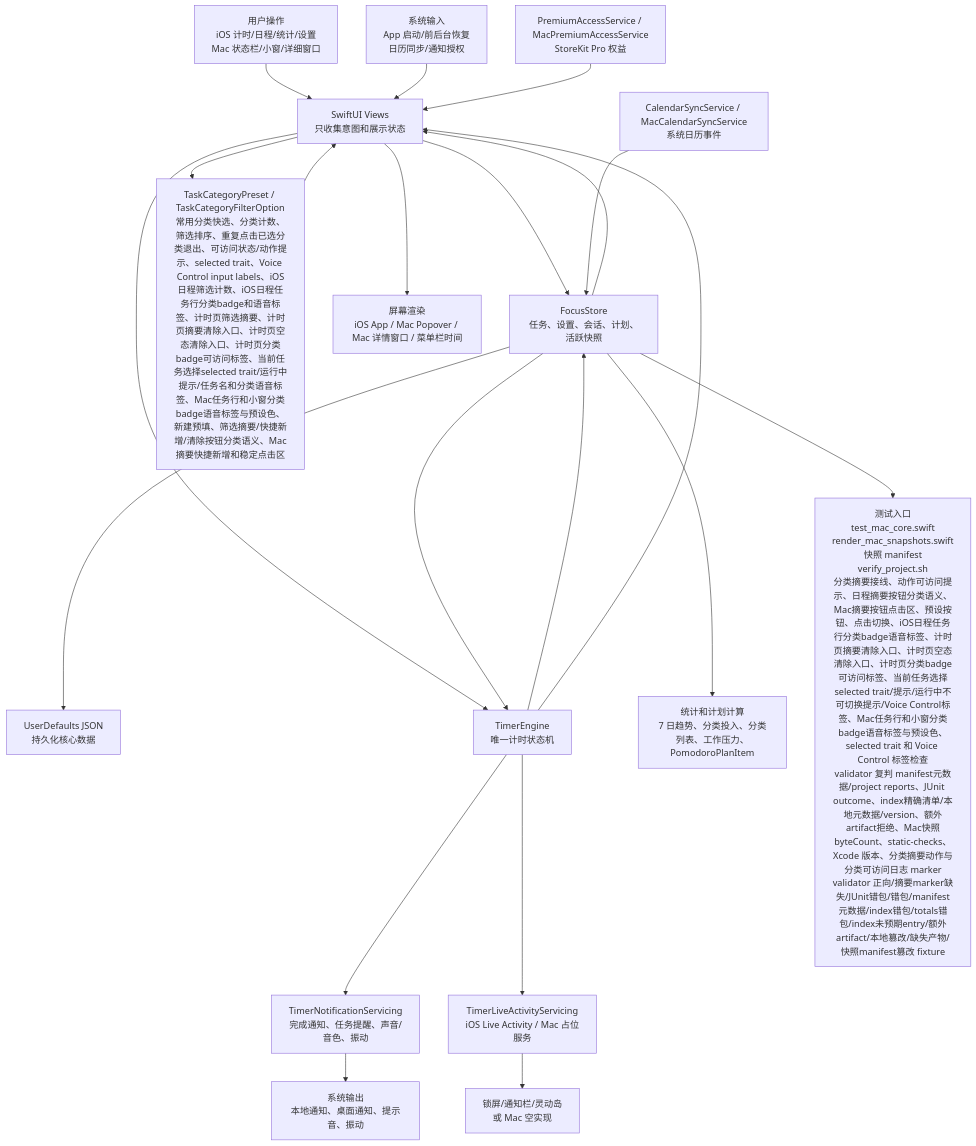
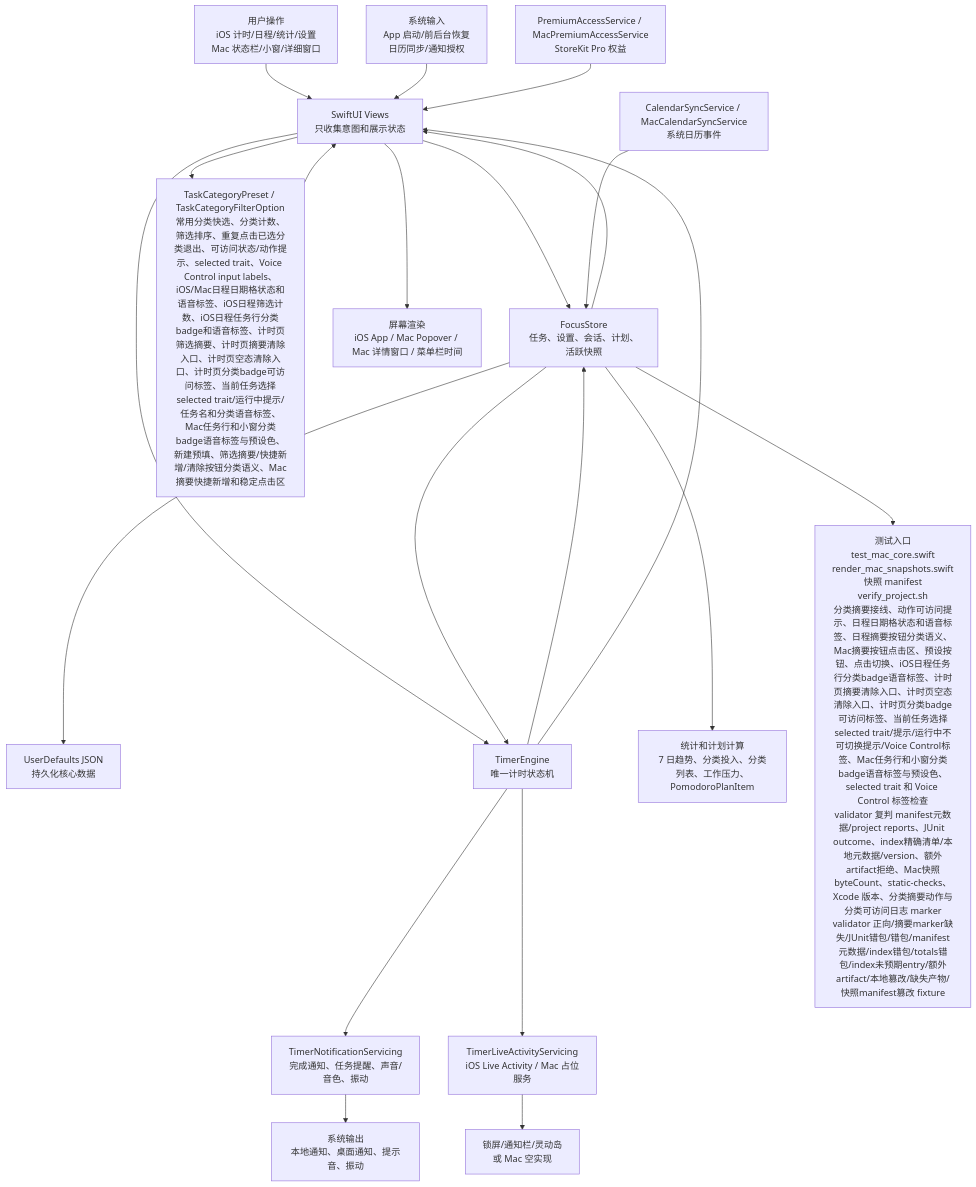
Before and after one commit to Altman-sam114/114: the first of 6 diagrams in md/flow/flowchart.md, drawn with Mermaid. The commit also changed other lines of this file and 8 other files, not shown here.

````diff
--- a/md/flow/flowchart.md
+++ b/md/flow/flowchart.md
@@ -9,23 +9,23 @@
 ```mermaid
 flowchart TD
   U["用户操作<br/>iOS 计时/日程/统计/设置<br/>Mac 状态栏/小窗/详细窗口"] --> V["SwiftUI Views<br/>只收集意图和展示状态"]
   SYS["系统输入<br/>App 启动/前后台恢复<br/>日历同步/通知授权"] --> V
   V --> S["FocusStore<br/>任务、设置、会话、计划、活跃快照"]
-  V --> CAT["TaskCategoryPreset / TaskCategoryFilterOption<br/>常用分类快选、分类计数、筛选排序、重复点击已选分类退出、可访问状态/动作提示、selected trait、Voice Control input labels、iOS日程筛选计数、iOS日程任务行分类badge和语音标签、计时页筛选摘要、计时页摘要清除入口、计时页空态清除入口、计时页分类badge可访问标签、当前任务选择selected trait/运行中提示/任务名和分类语音标签、Mac任务行和小窗分类badge语音标签与预设色、新建预填、筛选摘要/快捷新增/清除按钮分类语义、Mac摘要快捷新增和稳定点击区"]
+  V --> CAT["TaskCategoryPreset / TaskCategoryFilterOption<br/>常用分类快选、分类计数、筛选排序、重复点击已选分类退出、可访问状态/动作提示、selected trait、Voice Control input labels、iOS/Mac日程日期格状态和语音标签、iOS日程筛选计数、iOS日程任务行分类badge和语音标签、计时页筛选摘要、计时页摘要清除入口、计时页空态清除入口、计时页分类badge可访问标签、当前任务选择selected trait/运行中提示/任务名和分类语音标签、Mac任务行和小窗分类badge语音标签与预设色、新建预填、筛选摘要/快捷新增/清除按钮分类语义、Mac摘要快捷新增和稳定点击区"]
   CAT --> V
   S --> P["UserDefaults JSON<br/>持久化核心数据"]
   V --> E["TimerEngine<br/>唯一计时状态机"]
   S --> E
   E --> S
   E --> N["TimerNotificationServicing<br/>完成通知、任务提醒、声音/音色、振动"]
   E --> L["TimerLiveActivityServicing<br/>iOS Live Activity / Mac 占位服务"]
   S --> C["统计和计划计算<br/>7 日趋势、分类投入、分类列表、工作压力、PomodoroPlanItem"]
   CAL["CalendarSyncService / MacCalendarSyncService<br/>系统日历事件"] --> S
   PRO["PremiumAccessService / MacPremiumAccessService<br/>StoreKit Pro 权益"] --> V
   S --> V
   E --> V
   V --> OUT["屏幕渲染<br/>iOS App / Mac Popover / Mac 详情窗口 / 菜单栏时间"]
   N --> OUT2["系统输出<br/>本地通知、桌面通知、提示音、振动"]
   L --> OUT3["锁屏/通知栏/灵动岛<br/>或 Mac 空实现"]
-  S --> T["测试入口<br/>test_mac_core.swift<br/>render_mac_snapshots.swift<br/>快照 manifest<br/>verify_project.sh<br/>分类摘要接线、动作可访问提示、日程摘要按钮分类语义、Mac摘要按钮点击区、预设按钮、点击切换、iOS日程任务行分类badge语音标签、计时页摘要清除入口、计时页空态清除入口、计时页分类badge可访问标签、当前任务选择selected trait/提示/运行中不可切换提示/Voice Control标签、Mac任务行和小窗分类badge语音标签与预设色、selected trait 和 Voice Control 标签检查<br/>validator 复判 manifest元数据/project reports、JUnit outcome、index精确清单/本地元数据/version、额外artifact拒绝、Mac快照byteCount、static-checks、Xcode 版本、分类摘要动作与分类可访问日志 marker<br/>validator 正向/摘要marker缺失/JUnit错包/错包/manifest元数据/index错包/totals错包/index未预期entry/额外artifact/本地篡改/缺失产物/快照manifest篡改 fixture"]
+  S --> T["测试入口<br/>test_mac_core.swift<br/>render_mac_snapshots.swift<br/>快照 manifest<br/>verify_project.sh<br/>分类摘要接线、动作可访问提示、日程日期格状态和语音标签、日程摘要按钮分类语义、Mac摘要按钮点击区、预设按钮、点击切换、iOS日程任务行分类badge语音标签、计时页摘要清除入口、计时页空态清除入口、计时页分类badge可访问标签、当前任务选择selected trait/提示/运行中不可切换提示/Voice Control标签、Mac任务行和小窗分类badge语音标签与预设色、selected trait 和 Voice Control 标签检查<br/>validator 复判 manifest元数据/project reports、JUnit outcome、index精确清单/本地元数据/version、额外artifact拒绝、Mac快照byteCount、static-checks、Xcode 版本、分类摘要动作与分类可访问日志 marker<br/>validator 正向/摘要marker缺失/JUnit错包/错包/manifest元数据/index错包/totals错包/index未预期entry/额外artifact/本地篡改/缺失产物/快照manifest篡改 fixture"]
 ```
````
